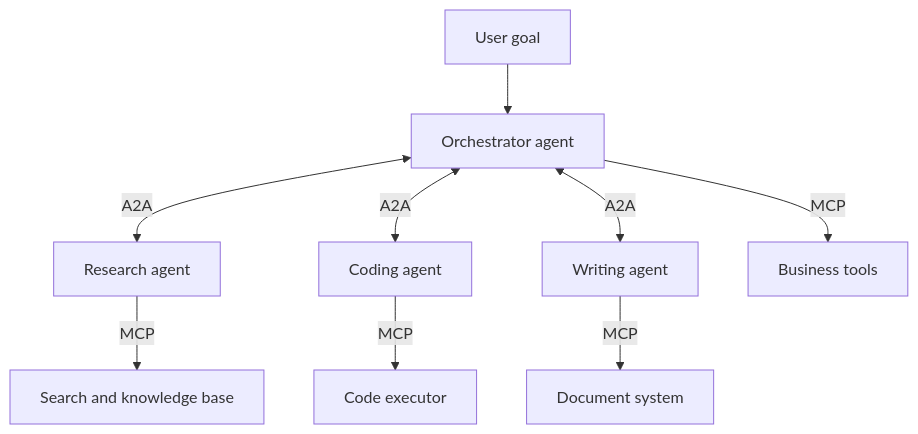
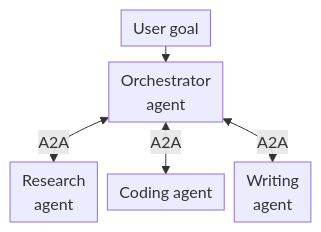
One commit to zongyangbigpolo/awesome-ai-roadmap changed the fourth of 4 diagrams in docs/agent/01-foundations/01-agent-foundations.md. Above: the diagram before and after it, drawn with Mermaid. The commit also changed other lines of this file and 320 other files, not shown here.

First line of the commit message:
Prepare compact bilingual diagrams and centralized references for Kindle RC2

````diff
--- a/docs/agent/01-foundations/01-agent-foundations.md
+++ b/docs/agent/01-foundations/01-agent-foundations.md
@@ -252,13 +270,10 @@
 ```mermaid
+%%{init: {"flowchart": {"nodeSpacing": 10, "rankSpacing": 16, "padding": 6}}}%%
 flowchart TB
-    U[User goal] --> O[Orchestrator agent]
+    U["User goal"] --> O["Orchestrator<br/>agent"]
 
-    O <-->|A2A| R[Research agent]
-    O <-->|A2A| C[Coding agent]
-    O <-->|A2A| W[Writing agent]
+    O <-->|A2A| R["Research<br/>agent"]
+    O <-->|A2A| C["Coding agent"]
+    O <-->|A2A| W["Writing<br/>agent"]
 
-    O -->|MCP| T1[Business tools]
-    R -->|MCP| T2[Search and knowledge base]
-    C -->|MCP| T3[Code executor]
-    W -->|MCP| T4[Document system]
 ```
````
